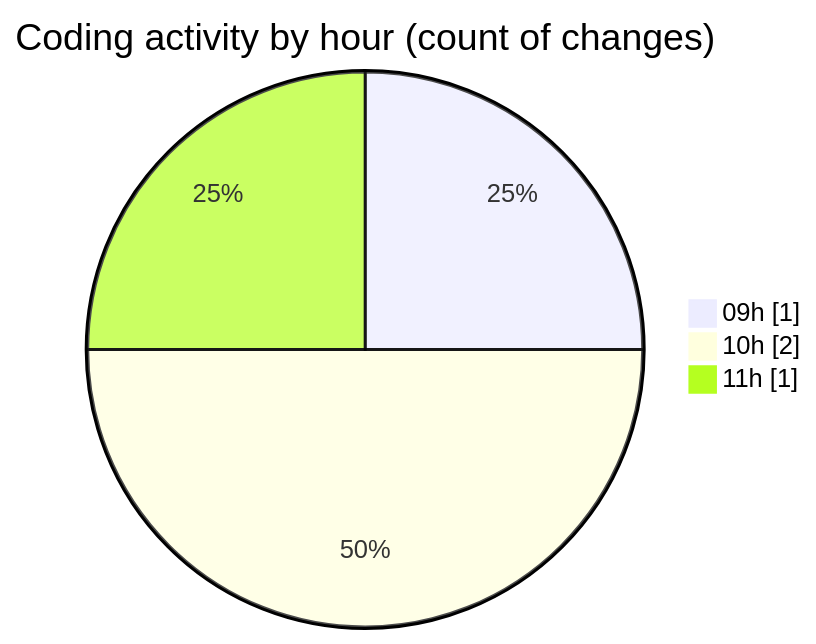
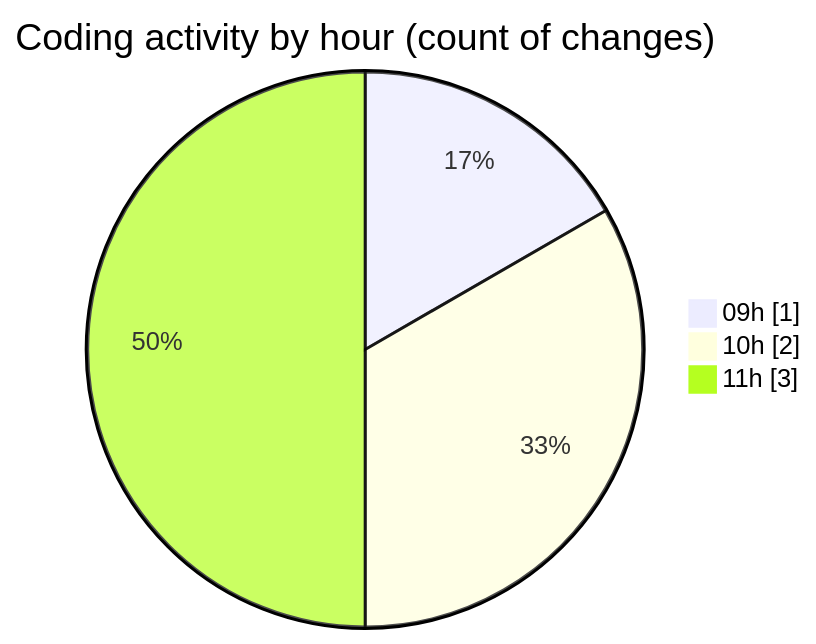
One commit to trdunsworth/code-tracking changed the second of 2 diagrams in 2025-03-28/synth_911data_gen/README.md. Above: the diagram before and after it, drawn with Mermaid. The commit also changed other lines of this file and 1 other file, not shown here.

````diff
--- a/2025-03-28/synth_911data_gen/README.md
+++ b/2025-03-28/synth_911data_gen/README.md
@@ -28,7 +28,7 @@
 ```mermaid
 pie showData
 title Coding activity by hour (count of changes)
 "09h" : 1
 "10h" : 2
-"11h" : 1
+"11h" : 3
 ```
````
